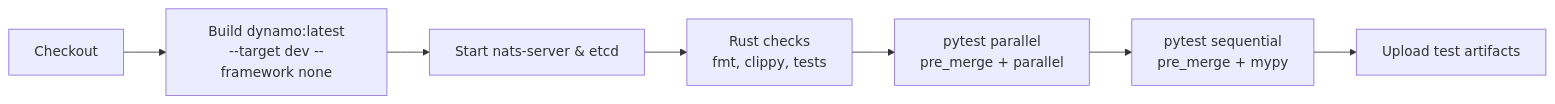
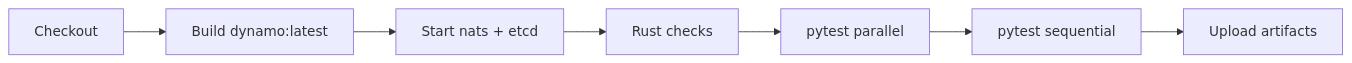
One commit to ai-dynamo/dynamo changed the second of 5 diagrams in .github/PR_WORKFLOW.md. Above: the diagram before and after it, drawn with Mermaid. The commit also changed other lines of this file and 3 other files, not shown here.

````diff
--- a/.github/PR_WORKFLOW.md
+++ b/.github/PR_WORKFLOW.md
@@ -137,9 +58,9 @@
 ```mermaid
 flowchart LR
-    A[Checkout] --> B[Build dynamo:latest<br/>--target dev --framework none]
-    B --> C[Start nats-server & etcd]
-    C --> D[Rust checks<br/>fmt, clippy, tests]
-    D --> E[pytest parallel<br/>pre_merge + parallel]
-    E --> F[pytest sequential<br/>pre_merge + mypy]
-    F --> G[Upload test artifacts]
+    A[Checkout] --> B[Build dynamo:latest]
+    B --> C[Start nats + etcd]
+    C --> D[Rust checks]
+    D --> E[pytest parallel]
+    E --> F[pytest sequential]
+    F --> G[Upload artifacts]
 ```
````
